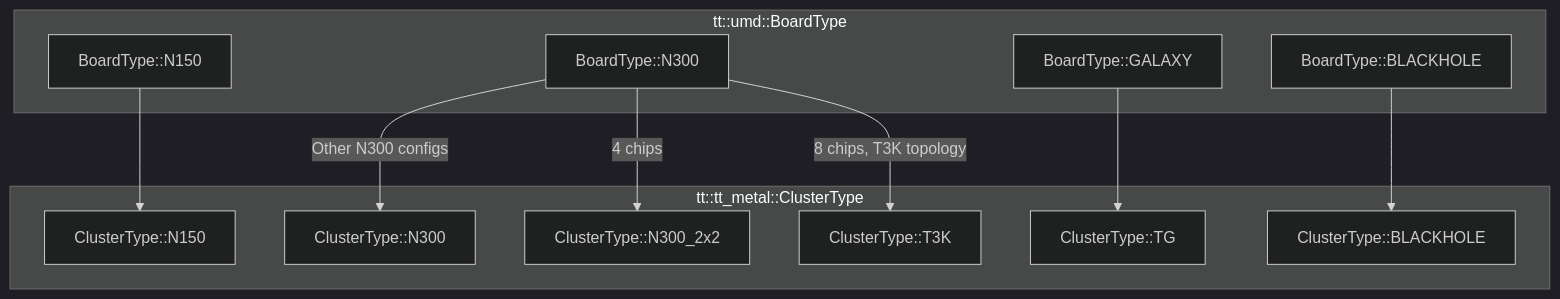
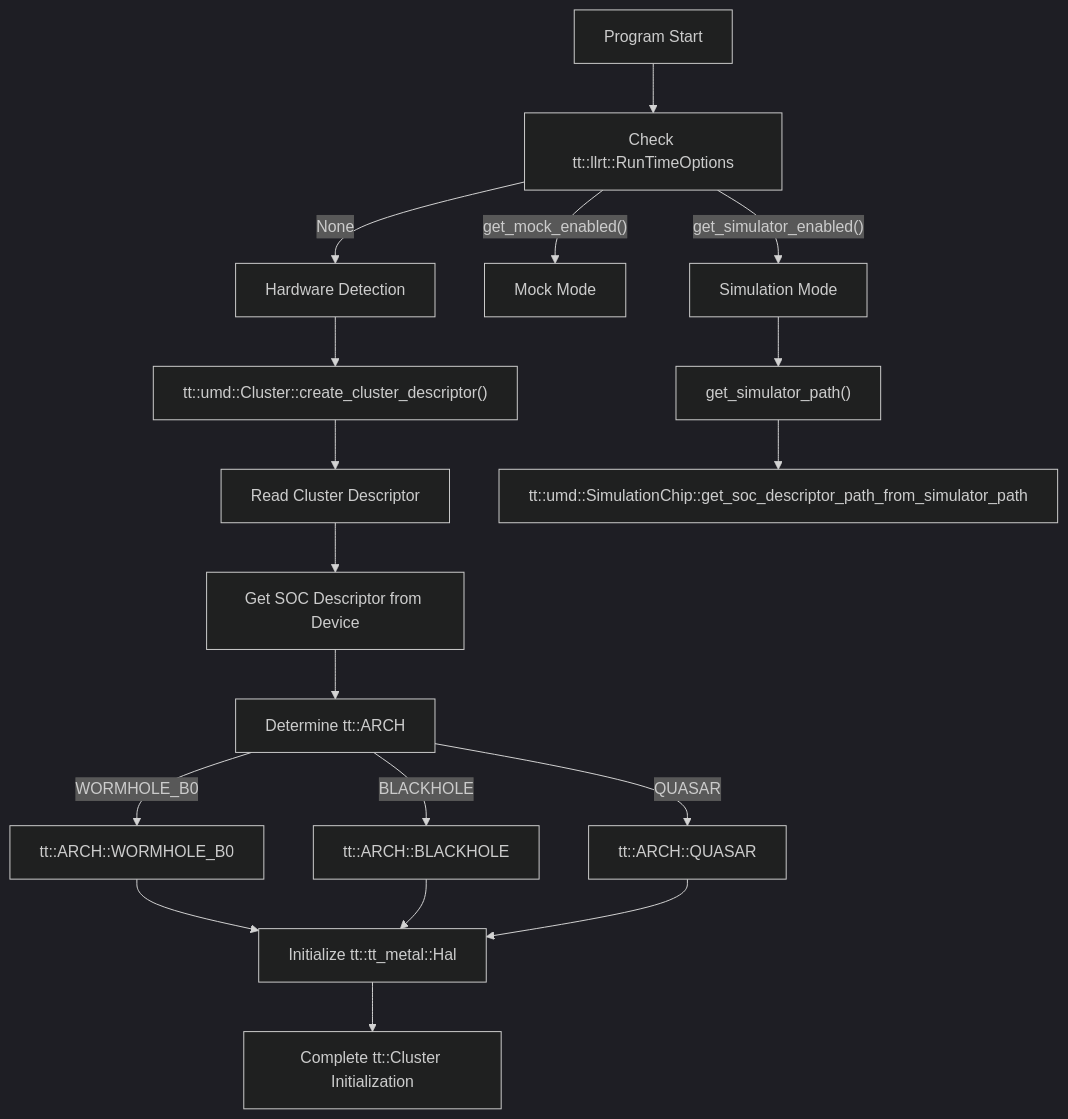
The first of 2 diagrams in docs/tt-metal/1.4-hardware-platforms-and-configurations.md (HuangJunjie-PhD/TT-Metal-Analysis), drawn with Mermaid (dark theme) before and after one commit. The commit also changed other lines of this file and 48 other files, not shown here.

First line of the commit message:
Complete diagram embedding: 100% coverage across all 54 files

````diff
--- a/docs/tt-metal/1.4-hardware-platforms-and-configurations.md
+++ b/docs/tt-metal/1.4-hardware-platforms-and-configurations.md
@@ -202,25 +168,25 @@
 ```mermaid
-graph TB
-    subgraph "tt::umd::BoardType"
-        N150_B["BoardType::N150"]
-        N300_B["BoardType::N300"]
-        GALAXY_B["BoardType::GALAXY"]
-        BLACKHOLE_B["BoardType::BLACKHOLE"]
-    end
+graph TD
+    Start["Program Start"] --> CheckEnv["Check tt::llrt::RunTimeOptions"]
+    CheckEnv -- "get_simulator_enabled()" --> Simulator["Simulation Mode"]
+    CheckEnv -- "get_mock_enabled()" --> Mock["Mock Mode"]
+    CheckEnv -- "None" --> DetectHW["Hardware Detection"]
     
-    subgraph "tt::tt_metal::ClusterType"
-        N150_C["ClusterType::N150"]
-        N300_C["ClusterType::N300"]
-        N300_2x2_C["ClusterType::N300_2x2"]
-        T3K_C["ClusterType::T3K"]
-        TG_C["ClusterType::TG"]
-        BH_C["ClusterType::BLACKHOLE"]
-    end
+    DetectHW --> OpenUMD["tt::umd::Cluster::create_cluster_descriptor()"]
+    OpenUMD --> ReadClusterDesc["Read Cluster Descriptor"]
+    ReadClusterDesc --> GetSocDesc["Get SOC Descriptor from Device"]
+    GetSocDesc --> DetermineArch["Determine tt::ARCH"]
     
-    N150_B --> N150_C
-    N300_B -- "4 chips" --> N300_2x2_C
-    N300_B -- "8 chips, T3K topology" --> T3K_C
-    N300_B -- "Other N300 configs" --> N300_C
-    GALAXY_B --> TG_C
-    BLACKHOLE_B --> BH_C
+    Simulator --> SimPath["get_simulator_path()"]
+    SimPath --> GetSimSoc["tt::umd::SimulationChip::get_soc_descriptor_path_from_simulator_path"]
+    
+    DetermineArch -- "WORMHOLE_B0" --> WH["tt::ARCH::WORMHOLE_B0"]
+    DetermineArch -- "BLACKHOLE" --> BH["tt::ARCH::BLACKHOLE"]
+    DetermineArch -- "QUASAR" --> QA["tt::ARCH::QUASAR"]
+    
+    WH --> InitHal["Initialize tt::tt_metal::Hal"]
+    BH --> InitHal
+    QA --> InitHal
+    
+    InitHal --> ClusterInit["Complete tt::Cluster Initialization"]
 ```
````
